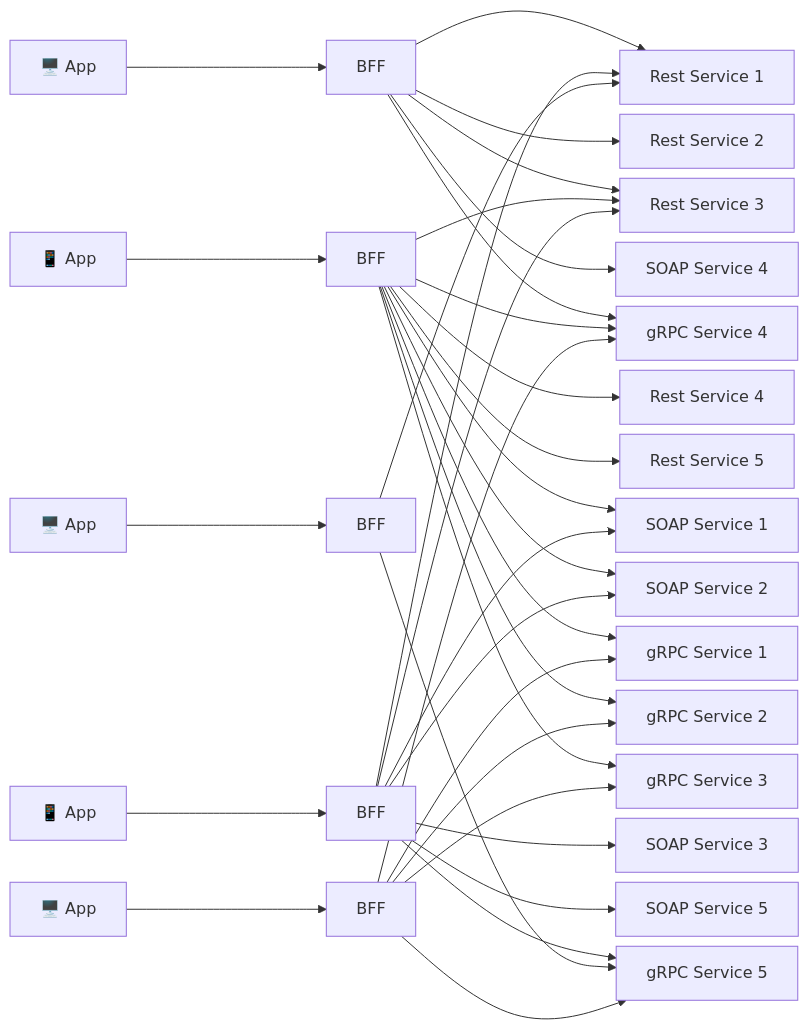
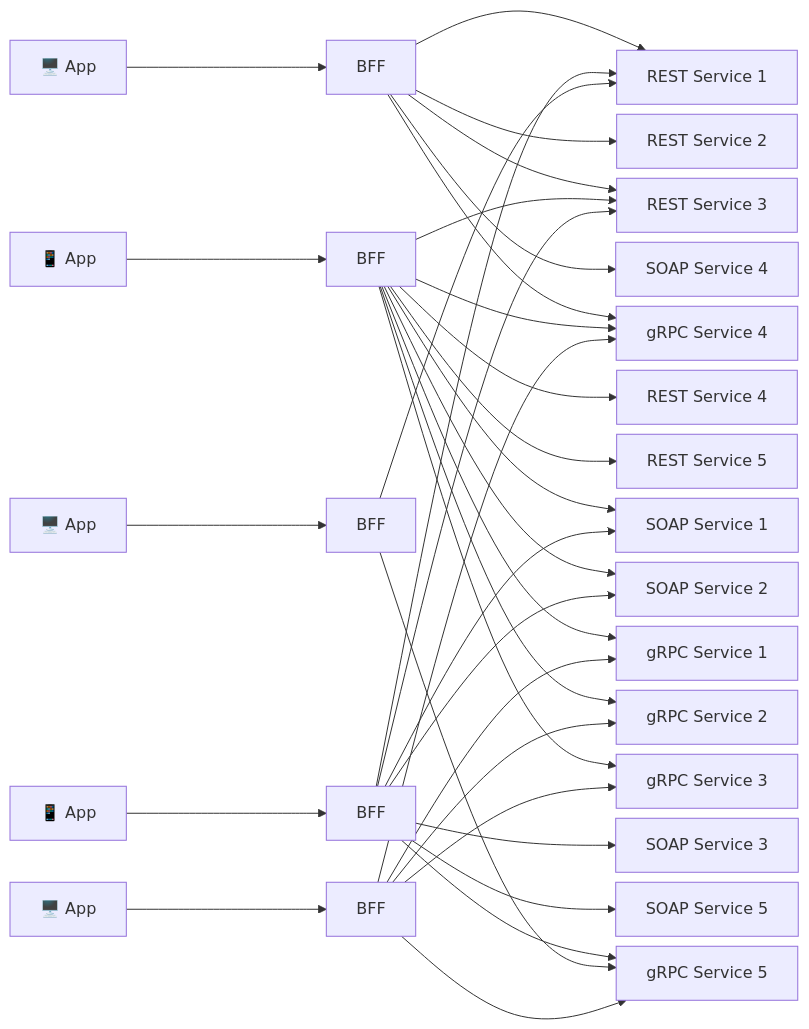
One commit to apollographql/docs changed the first of 3 diagrams in src/content/technotes/TN0043-using-graphql-for-abstraction.mdx. Above: the diagram before and after it, drawn with Mermaid. The commit also changed other lines of this file, not shown here.

Commit message:
Apply suggestions from code review
Minor changes like capitalizing REST, adding indefinite articles, and changing from passive to active voice.

````diff
--- a/src/content/technotes/TN0043-using-graphql-for-abstraction.mdx
+++ b/src/content/technotes/TN0043-using-graphql-for-abstraction.mdx
@@ -13,72 +13,72 @@
 ```mermaid
 flowchart LR
 %%{init:{'flowchart':{'nodeSpacing': 10, 'rankSpacing': 200}}}%%
   app1["🖥️ App"]
   app2["📱 App"]
   app3["📱 App"]
   app4["🖥️ App"]
   app5["🖥️ App"]
 
   bff1[BFF]
   bff2[BFF]
   bff3[BFF]
   bff4[BFF]
   bff5[BFF]
 
-  rest1[Rest Service 1]
-  rest2[Rest Service 2]
-  rest3[Rest Service 3]
-  rest4[Rest Service 4]
-  rest5[Rest Service 5]
+  rest1[REST Service 1]
+  rest2[REST Service 2]
+  rest3[REST Service 3]
+  rest4[REST Service 4]
+  rest5[REST Service 5]
 
   soap1[SOAP Service 1]
   soap2[SOAP Service 2]
   soap3[SOAP Service 3]
   soap4[SOAP Service 4]
   soap5[SOAP Service 5]
 
   grpc1[gRPC Service 1]
   grpc2[gRPC Service 2]
   grpc3[gRPC Service 3]
   grpc4[gRPC Service 4]
   grpc5[gRPC Service 5]
 
   app1 --> bff1
   app2 --> bff2
   app3 --> bff3
   app4 --> bff4
   app5 --> bff5
 
   bff1 --> rest1
   bff1 --> rest2
   bff1 --> rest3
   bff1 --> soap4
   bff1 --> grpc4
 
   bff2 --> rest3
   bff2 --> rest4
   bff2 --> rest5
   bff2 --> soap1
   bff2 --> soap2
   bff2 --> grpc1
   bff2 --> grpc2
   bff2 --> grpc3
   bff2 --> grpc4
 
   bff3 --> rest1
   bff3 --> rest3
   bff3 --> soap1
   bff3 --> soap2
   bff3 --> soap3
   bff3 --> soap5
   bff3 --> grpc5
 
   bff4 --> rest1
   bff4 --> grpc5
 
   bff5 --> grpc1
   bff5 --> grpc2
   bff5 --> grpc3
   bff5 --> grpc4
   bff5 --> grpc5
 ```
````
